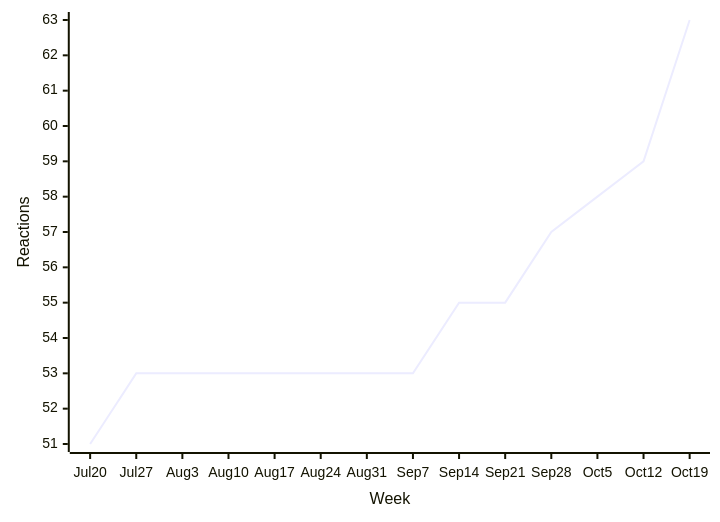
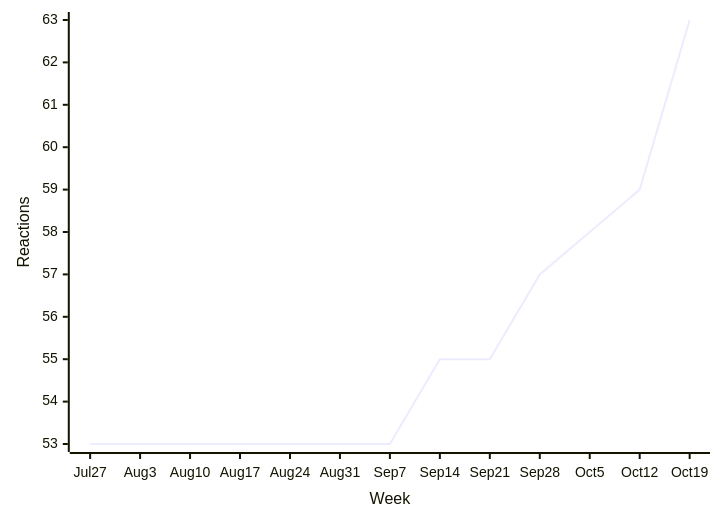
One commit to loic-sharma/github-insights changed diagram 14 of 39 in README.md. Above: the diagram before and after it, drawn with Mermaid. The commit also changed other lines of this file and 3 other files, not shown here.

````diff
--- a/README.md
+++ b/README.md
@@ -562,6 +545,6 @@
   ```mermaid
   xychart-beta
-    x-axis "Week" [Jul 20, Jul 27, Aug 3, Aug 10, Aug 17, Aug 24, Aug 31, Sep 7, Sep 14, Sep 21, Sep 28, Oct 5, Oct 12, Oct 19]
+    x-axis "Week" [Jul 27, Aug 3, Aug 10, Aug 17, Aug 24, Aug 31, Sep 7, Sep 14, Sep 21, Sep 28, Oct 5, Oct 12, Oct 19]
     y-axis "Reactions"
-    line [51, 53, 53, 53, 53, 53, 53, 53, 55, 55, 57, 58, 59, 63]
+    line [53, 53, 53, 53, 53, 53, 53, 55, 55, 57, 58, 59, 63]
   ```
````
